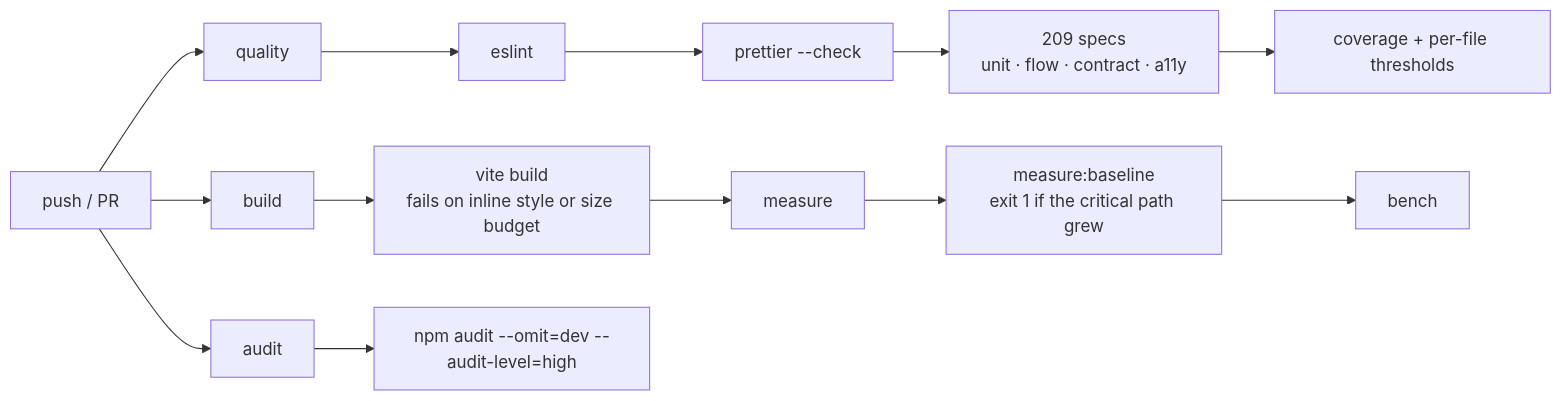
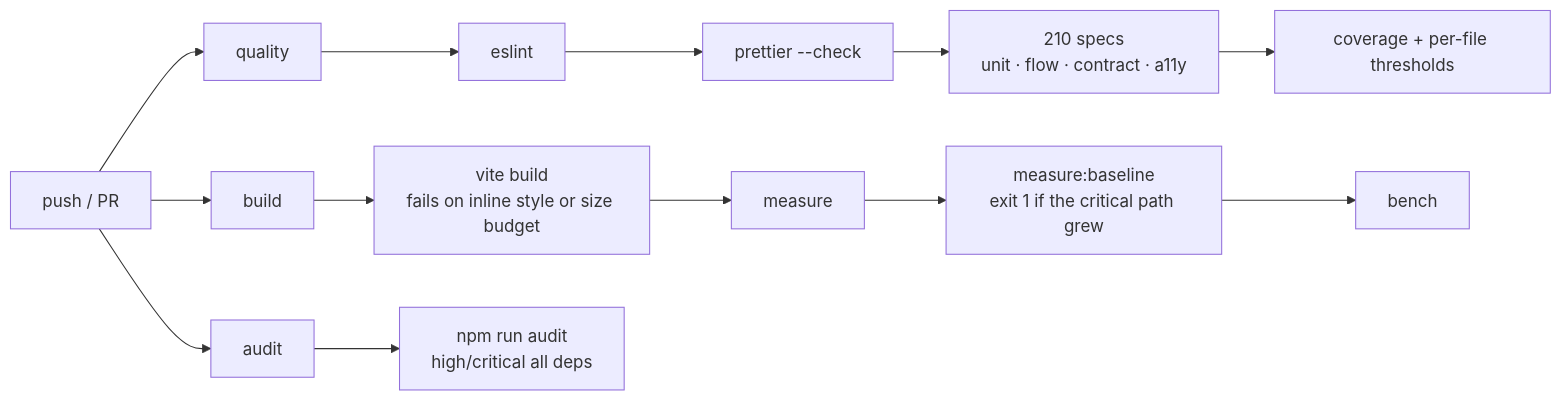
Before and after one commit to YASLOGIST/urlf-up: diagram 11 of 11 in README.md, drawn with Mermaid. The commit also changed other lines of this file and 8 other files, not shown here.

````diff
--- a/README.md
+++ b/README.md
@@ -773,9 +773,9 @@
 ```mermaid
 graph LR
   P["push / PR"] --> Q["quality"]
   P --> B["build"]
   P --> D["audit"]
-  Q --> Q1["eslint"] --> Q2["prettier --check"] --> Q3["209 specs<br/>unit · flow · contract · a11y"] --> Q4["coverage + per-file thresholds"]
+  Q --> Q1["eslint"] --> Q2["prettier --check"] --> Q3["210 specs<br/>unit · flow · contract · a11y"] --> Q4["coverage + per-file thresholds"]
   B --> B1["vite build<br/>fails on inline style or size budget"] --> B2["measure"] --> B3["measure:baseline<br/>exit 1 if the critical path grew"] --> B4["bench"]
-  D --> D1["npm audit --omit=dev --audit-level=high"]
+  D --> D1["npm run audit<br/>high/critical all deps"]
 ```
````
